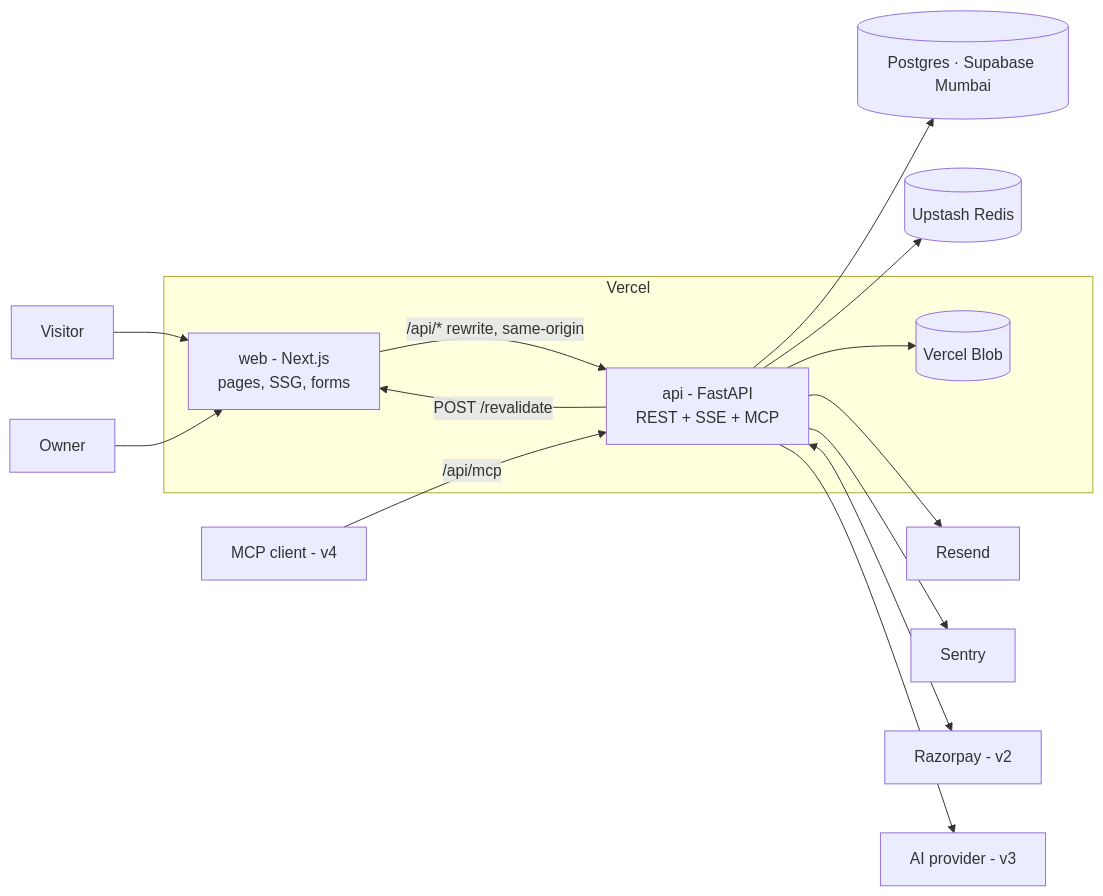
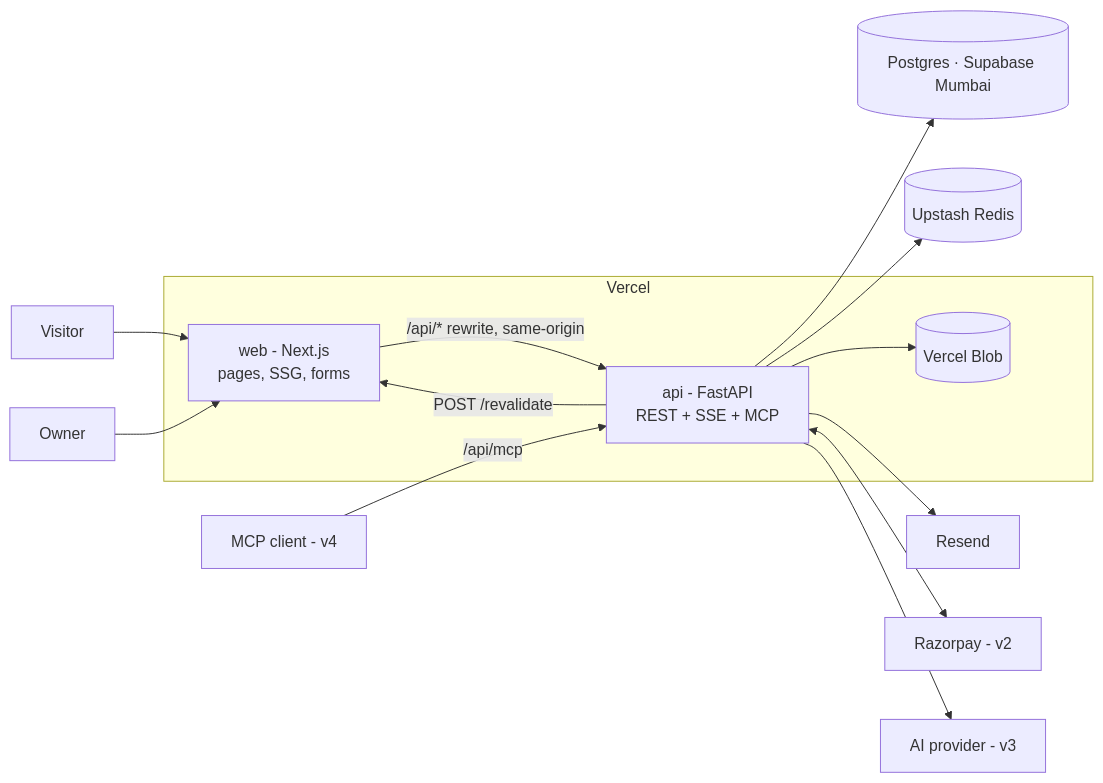
The first of 3 diagrams in docs/05-architecture.md (virajdomadia/tripsmith), drawn with Mermaid before and after one commit. The commit also changed other lines of this file and 62 other files, not shown here.

First line of the commit message:
chore: remove Sentry from api and web (#152)

````diff
--- a/docs/05-architecture.md
+++ b/docs/05-architecture.md
@@ -19,26 +19,25 @@
 ```mermaid
 flowchart LR
   V[Visitor]
   O[Owner]
   MC[MCP client - v4]
   subgraph Vercel
     WEB[web - Next.js<br/>pages, SSG, forms]
     API[api - FastAPI<br/>REST + SSE + MCP]
     BLOB[(Vercel Blob)]
   end
   PG[(Postgres · Supabase Mumbai)]
   UP[(Upstash Redis)]
   RES[Resend]
-  SEN[Sentry]
   RZ[Razorpay - v2]
   AI[AI provider - v3]
 
   V --> WEB
   O --> WEB
   WEB -->|/api/* rewrite, same-origin| API
   MC -->|/api/mcp| API
-  API --> PG & UP & BLOB & RES & SEN
+  API --> PG & UP & BLOB & RES
   API <--> RZ
   API --> AI
   API -->|POST /revalidate| WEB
 ```
````
